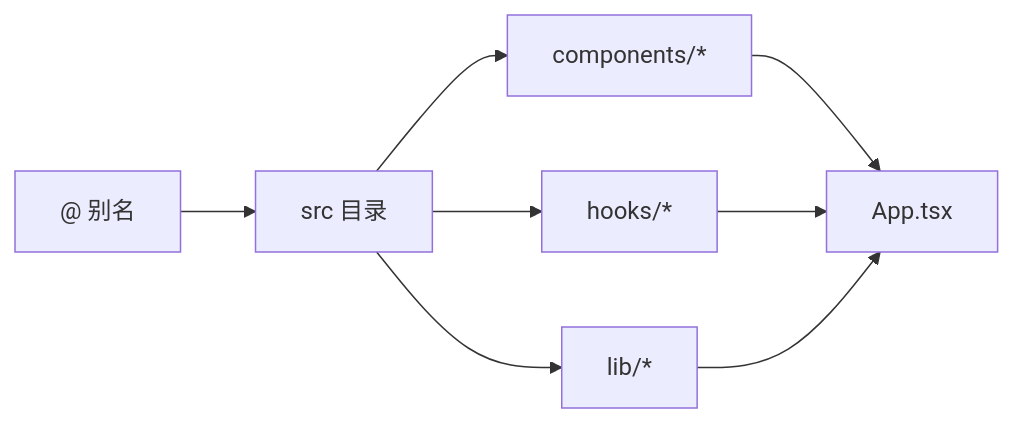
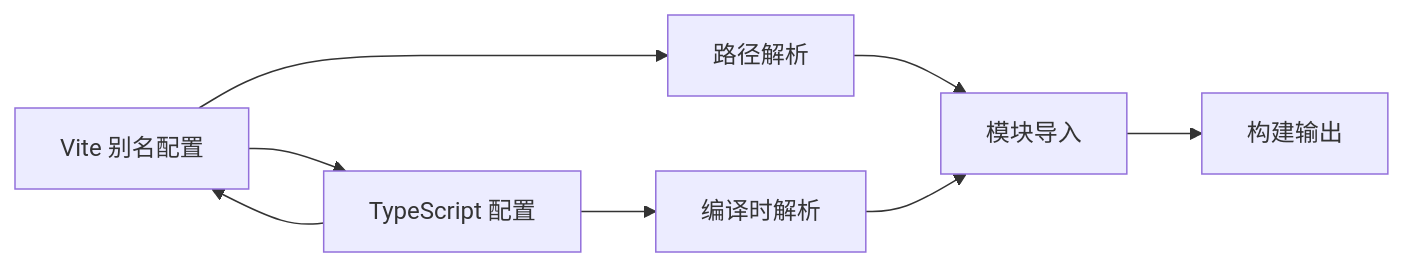
Before and after one commit to JadeXusq/qr-generator: the third of 4 diagrams in .qoder/repowiki/zh/content/配置系统/构建配置.md, drawn with Mermaid. The commit also changed other lines of this file and 9 other files, not shown here.

````diff
--- a/.qoder/repowiki/zh/content/配置系统/构建配置.md
+++ b/.qoder/repowiki/zh/content/配置系统/构建配置.md
@@ -167,10 +156,10 @@
 ```mermaid
 graph LR
-Vite["@ 别名"] --> Src["src 目录"]
-Src --> Comp["components/*"]
-Src --> Hooks["hooks/*"]
-Src --> Lib["lib/*"]
-Comp --> App["App.tsx"]
-Hooks --> App
-Lib --> App
+Vite["Vite 别名配置"] --> Resolve["路径解析"]
+Resolve --> Import["模块导入"]
+Import --> Build["构建输出"]
+TS["TypeScript 配置"] --> Compile["编译时解析"]
+Compile --> Import
+Vite --> TS
+TS --> Vite
 ```
````
